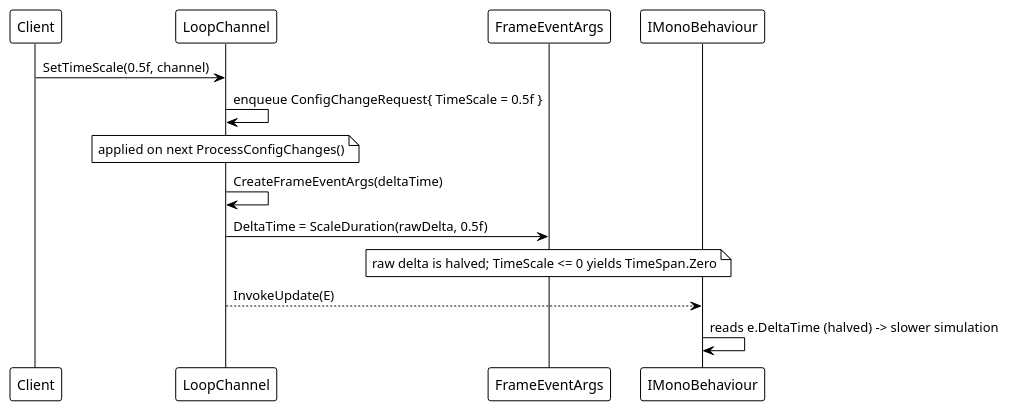
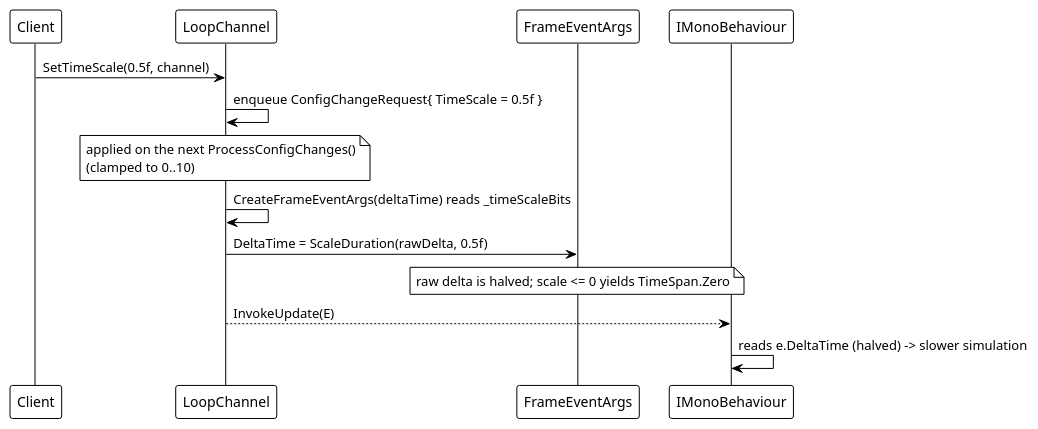
One commit to Axvser/VeloxDev.Docs changed the fourth of 6 diagrams in src/CloudGlyph/Assets/Docs/content/en/3_SE_Analysis/03_data-flow/06_monobehaviour/index.md. Above: the diagram before and after it, drawn with PlantUML. The commit also changed other lines of this file and 443 other files, not shown here.

````diff
--- a/src/CloudGlyph/Assets/Docs/content/en/3_SE_Analysis/03_data-flow/06_monobehaviour/index.md
+++ b/src/CloudGlyph/Assets/Docs/content/en/3_SE_Analysis/03_data-flow/06_monobehaviour/index.md
@@ -140,20 +157,20 @@
 ```plantuml
 @startuml
 !theme plain
 
 participant "Client" as C
 participant "LoopChannel" as L
 participant "FrameEventArgs" as E
 participant "IMonoBehaviour" as B
 
 C -> L: SetTimeScale(0.5f, channel)
 L -> L: enqueue ConfigChangeRequest{ TimeScale = 0.5f }
-note over L: applied on next ProcessConfigChanges()
+note over L: applied on the next ProcessConfigChanges()\n(clamped to 0..10)
 
-L -> L: CreateFrameEventArgs(deltaTime)
+L -> L: CreateFrameEventArgs(deltaTime) reads _timeScaleBits
 L -> E: DeltaTime = ScaleDuration(rawDelta, 0.5f)
-note over E: raw delta is halved; TimeScale <= 0 yields TimeSpan.Zero
+note over E: raw delta is halved; scale <= 0 yields TimeSpan.Zero
 L --> B: InvokeUpdate(E)
 B -> B: reads e.DeltaTime (halved) -> slower simulation
 @enduml
 ```
````
